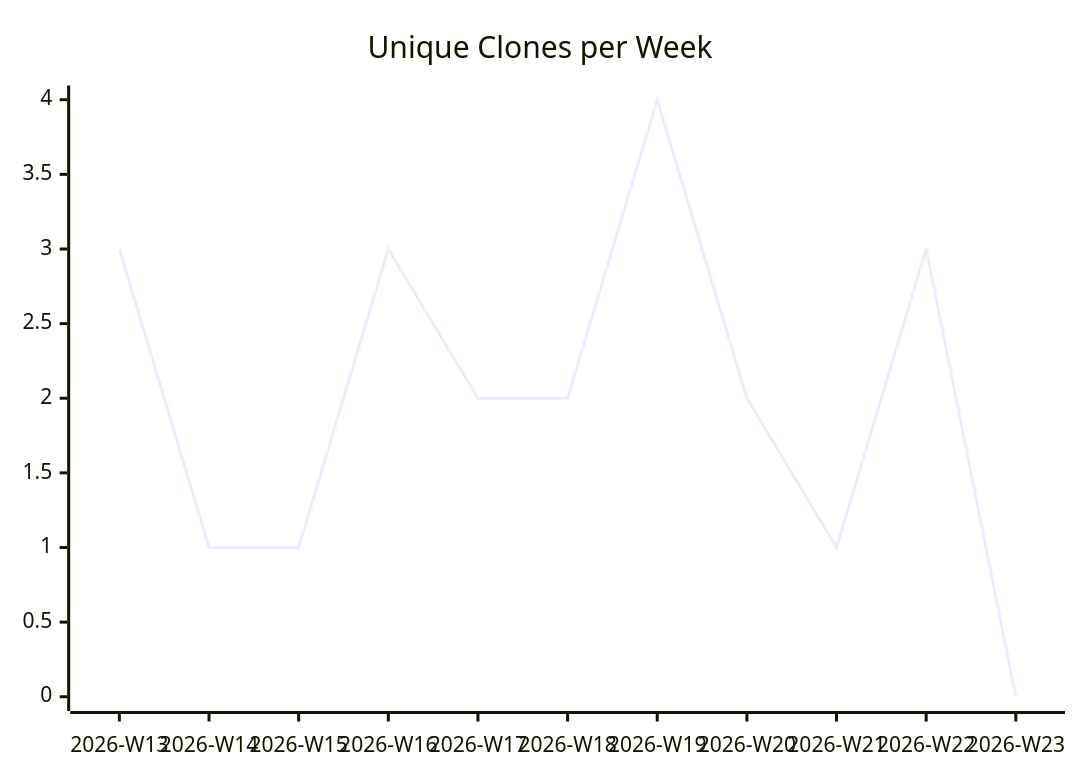
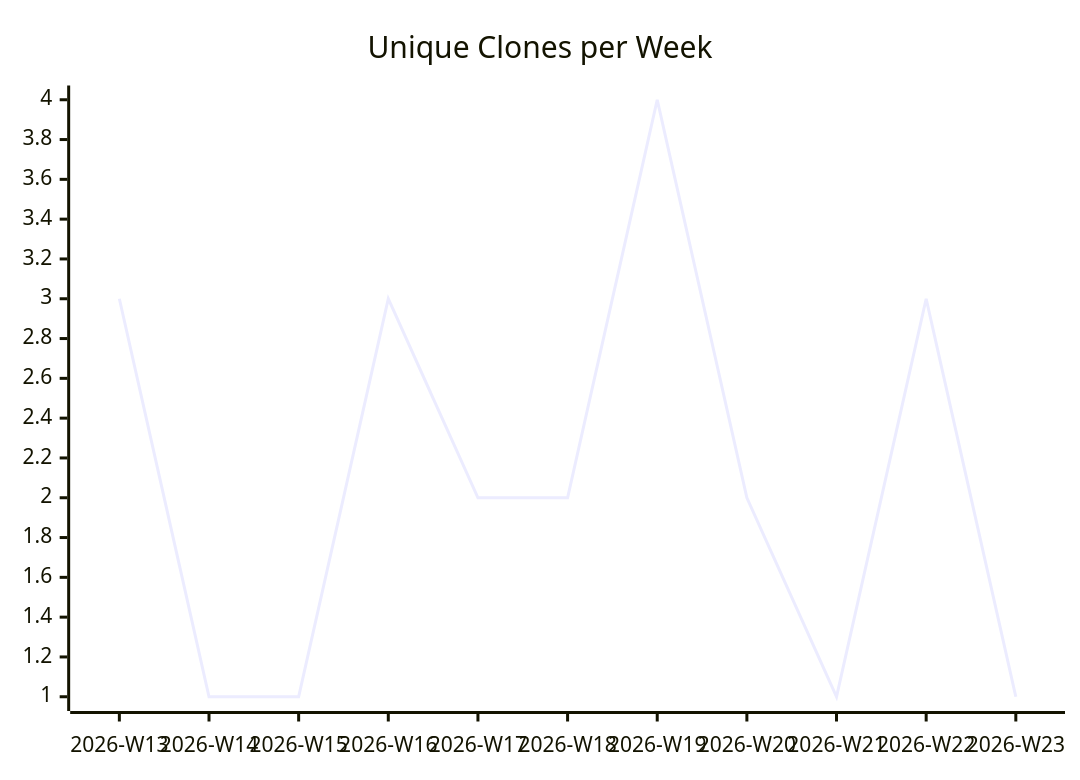
The third of 3 diagrams in karlmdavis/perfect-note/README.md (justdavis-family/github-analytics-data), drawn with Mermaid before and after one commit. The commit also changed other lines of this file and 189 other files, not shown here.

````diff
--- a/karlmdavis/perfect-note/README.md
+++ b/karlmdavis/perfect-note/README.md
@@ -19,6 +19,6 @@
 ```mermaid
 xychart-beta
   title "Unique Clones per Week"
   x-axis ["2026-W13", "2026-W14", "2026-W15", "2026-W16", "2026-W17", "2026-W18", "2026-W19", "2026-W20", "2026-W21", "2026-W22", "2026-W23"]
-  line [3, 1, 1, 3, 2, 2, 4, 2, 1, 3, 0]
+  line [3, 1, 1, 3, 2, 2, 4, 2, 1, 3, 1]
 ```
````
